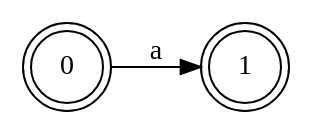
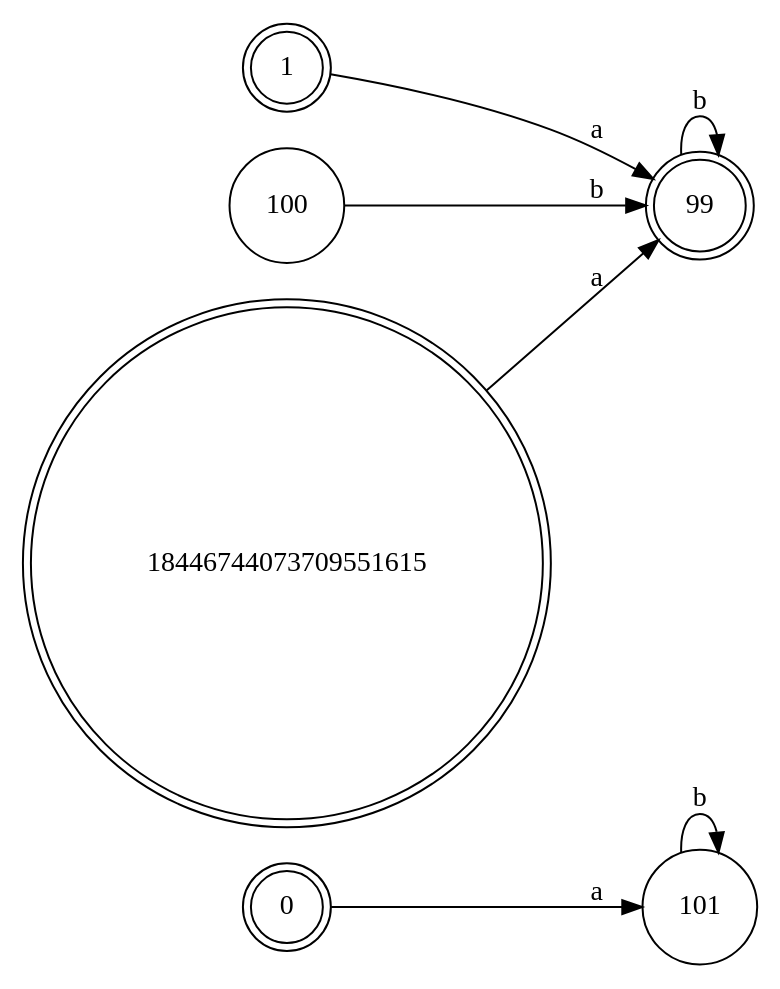
One commit to x6x4/lab2aaaaaaaaaaa changed the diagram in dfa_output.dot. Above: the diagram before and after it, drawn with Graphviz. The commit also changed 24 other files, not shown here.

```diff
--- a/dfa_output.dot
+++ b/dfa_output.dot
@@ -1,7 +1,14 @@
 digraph DFA {
 rankdir="LR"
 node [shape=circle];
-0 -> 1 [label="a"];
+0 -> 101 [label="a"];
+1 -> 99 [label="a"];
+99 -> 99 [label="b"];
+100 -> 99 [label="b"];
+101 -> 101 [label="b"];
+18446744073709551615 -> 99 [label="a"];
 0[label="0"shape=doublecircle];
 1[label="1"shape=doublecircle];
+99[label="99"shape=doublecircle];
+18446744073709551615[label="18446744073709551615"shape=doublecircle];
 }
```
